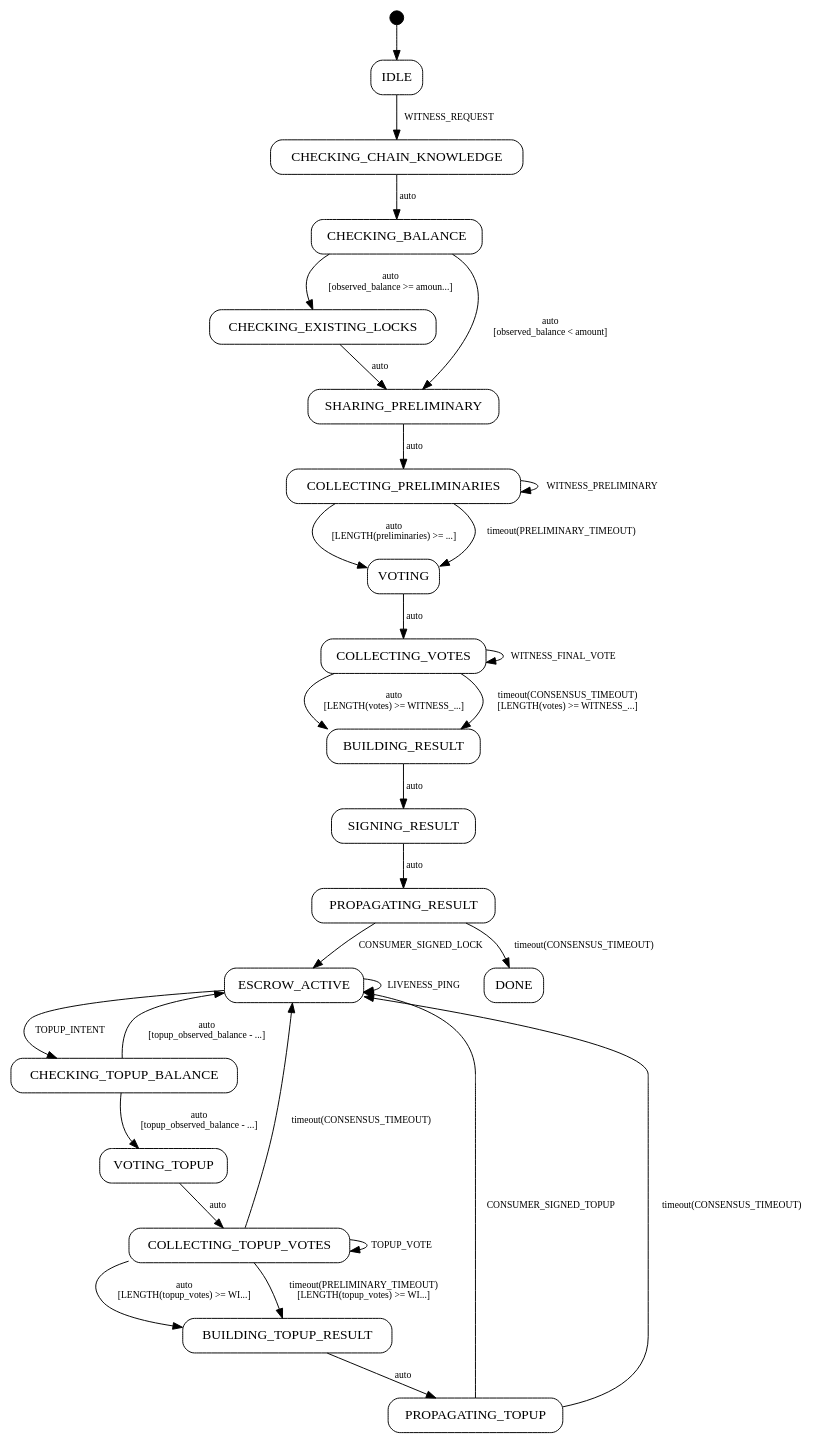
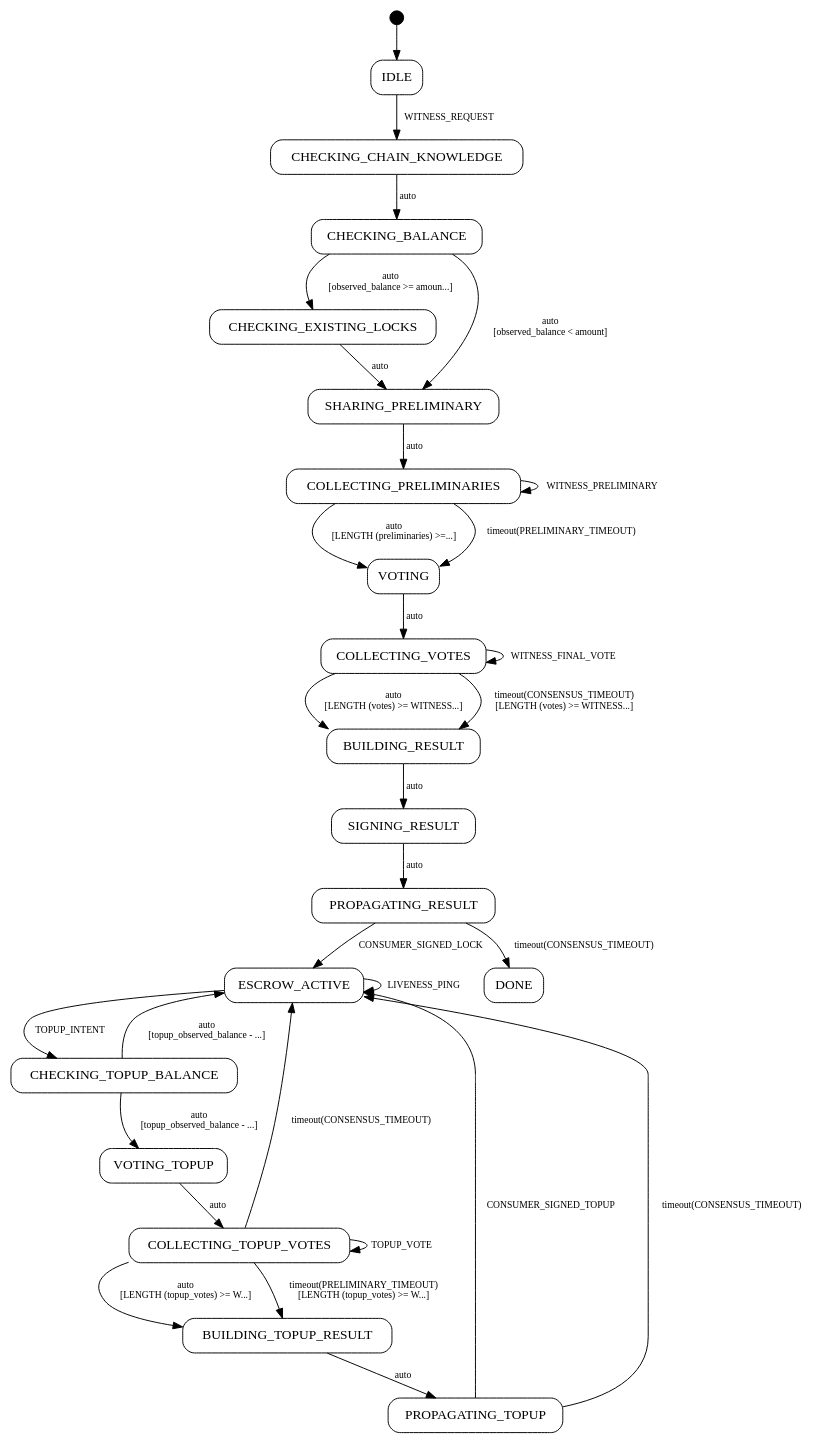
Before and after one commit to mjtomei/omerta_node: the diagram in docs/protocol/transactions/graphs/00_escrow_lock_witness.dot, drawn with Graphviz. The commit also changed 36 other files, not shown here.

First line of the commit message:
Rename schema references to transaction and add DSL features

```diff
--- a/docs/protocol/transactions/graphs/00_escrow_lock_witness.dot
+++ b/docs/protocol/transactions/graphs/00_escrow_lock_witness.dot
@@ -1,39 +1,39 @@
 digraph {
     rankdir=TB;
     node [shape=box, style=rounded];
     edge [fontsize=10];
 
     __start__ [shape=point, width=0.2];
     __start__ -> IDLE;
 
 
     IDLE -> CHECKING_CHAIN_KNOWLEDGE [label="WITNESS_REQUEST"];
     CHECKING_CHAIN_KNOWLEDGE -> CHECKING_BALANCE [label="auto"];
     CHECKING_BALANCE -> CHECKING_EXISTING_LOCKS [label="auto\n[observed_balance >= amoun...]"];
     CHECKING_BALANCE -> SHARING_PRELIMINARY [label="auto\n[observed_balance < amount]"];
     CHECKING_EXISTING_LOCKS -> SHARING_PRELIMINARY [label="auto"];
     SHARING_PRELIMINARY -> COLLECTING_PRELIMINARIES [label="auto"];
     COLLECTING_PRELIMINARIES -> COLLECTING_PRELIMINARIES [label="WITNESS_PRELIMINARY"];
-    COLLECTING_PRELIMINARIES -> VOTING [label="auto\n[LENGTH(preliminaries) >= ...]"];
+    COLLECTING_PRELIMINARIES -> VOTING [label="auto\n[LENGTH (preliminaries) >=...]"];
     COLLECTING_PRELIMINARIES -> VOTING [label="timeout(PRELIMINARY_TIMEOUT)"];
     VOTING -> COLLECTING_VOTES [label="auto"];
     COLLECTING_VOTES -> COLLECTING_VOTES [label="WITNESS_FINAL_VOTE"];
-    COLLECTING_VOTES -> BUILDING_RESULT [label="auto\n[LENGTH(votes) >= WITNESS_...]"];
-    COLLECTING_VOTES -> BUILDING_RESULT [label="timeout(CONSENSUS_TIMEOUT)\n[LENGTH(votes) >= WITNESS_...]"];
+    COLLECTING_VOTES -> BUILDING_RESULT [label="auto\n[LENGTH (votes) >= WITNESS...]"];
+    COLLECTING_VOTES -> BUILDING_RESULT [label="timeout(CONSENSUS_TIMEOUT)\n[LENGTH (votes) >= WITNESS...]"];
     BUILDING_RESULT -> SIGNING_RESULT [label="auto"];
     SIGNING_RESULT -> PROPAGATING_RESULT [label="auto"];
     PROPAGATING_RESULT -> ESCROW_ACTIVE [label="CONSUMER_SIGNED_LOCK"];
     PROPAGATING_RESULT -> DONE [label="timeout(CONSENSUS_TIMEOUT)"];
     ESCROW_ACTIVE -> CHECKING_TOPUP_BALANCE [label="TOPUP_INTENT"];
     CHECKING_TOPUP_BALANCE -> VOTING_TOPUP [label="auto\n[topup_observed_balance - ...]"];
     CHECKING_TOPUP_BALANCE -> ESCROW_ACTIVE [label="auto\n[topup_observed_balance - ...]"];
     VOTING_TOPUP -> COLLECTING_TOPUP_VOTES [label="auto"];
     COLLECTING_TOPUP_VOTES -> COLLECTING_TOPUP_VOTES [label="TOPUP_VOTE"];
-    COLLECTING_TOPUP_VOTES -> BUILDING_TOPUP_RESULT [label="auto\n[LENGTH(topup_votes) >= WI...]"];
-    COLLECTING_TOPUP_VOTES -> BUILDING_TOPUP_RESULT [label="timeout(PRELIMINARY_TIMEOUT)\n[LENGTH(topup_votes) >= WI...]"];
+    COLLECTING_TOPUP_VOTES -> BUILDING_TOPUP_RESULT [label="auto\n[LENGTH (topup_votes) >= W...]"];
+    COLLECTING_TOPUP_VOTES -> BUILDING_TOPUP_RESULT [label="timeout(PRELIMINARY_TIMEOUT)\n[LENGTH (topup_votes) >= W...]"];
     COLLECTING_TOPUP_VOTES -> ESCROW_ACTIVE [label="timeout(CONSENSUS_TIMEOUT)"];
     BUILDING_TOPUP_RESULT -> PROPAGATING_TOPUP [label="auto"];
     PROPAGATING_TOPUP -> ESCROW_ACTIVE [label="CONSUMER_SIGNED_TOPUP"];
     PROPAGATING_TOPUP -> ESCROW_ACTIVE [label="timeout(CONSENSUS_TIMEOUT)"];
     ESCROW_ACTIVE -> ESCROW_ACTIVE [label="LIVENESS_PING"];
 }
```
